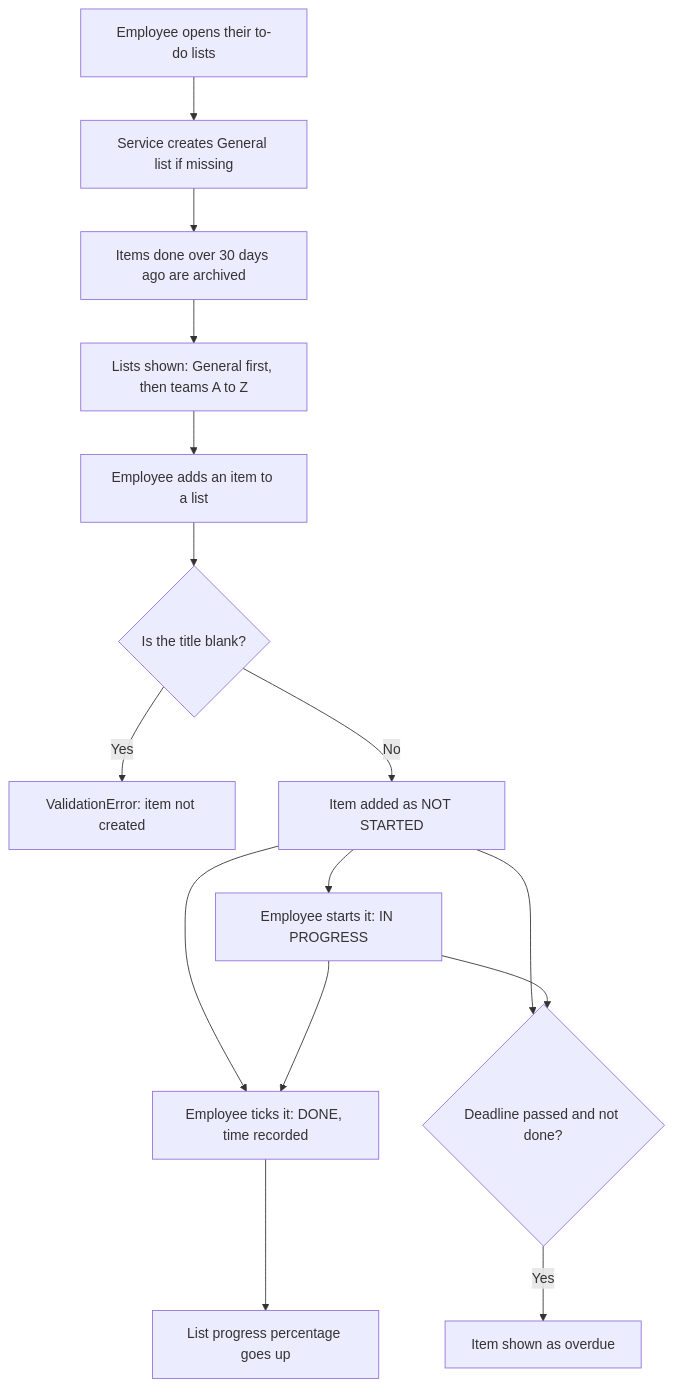
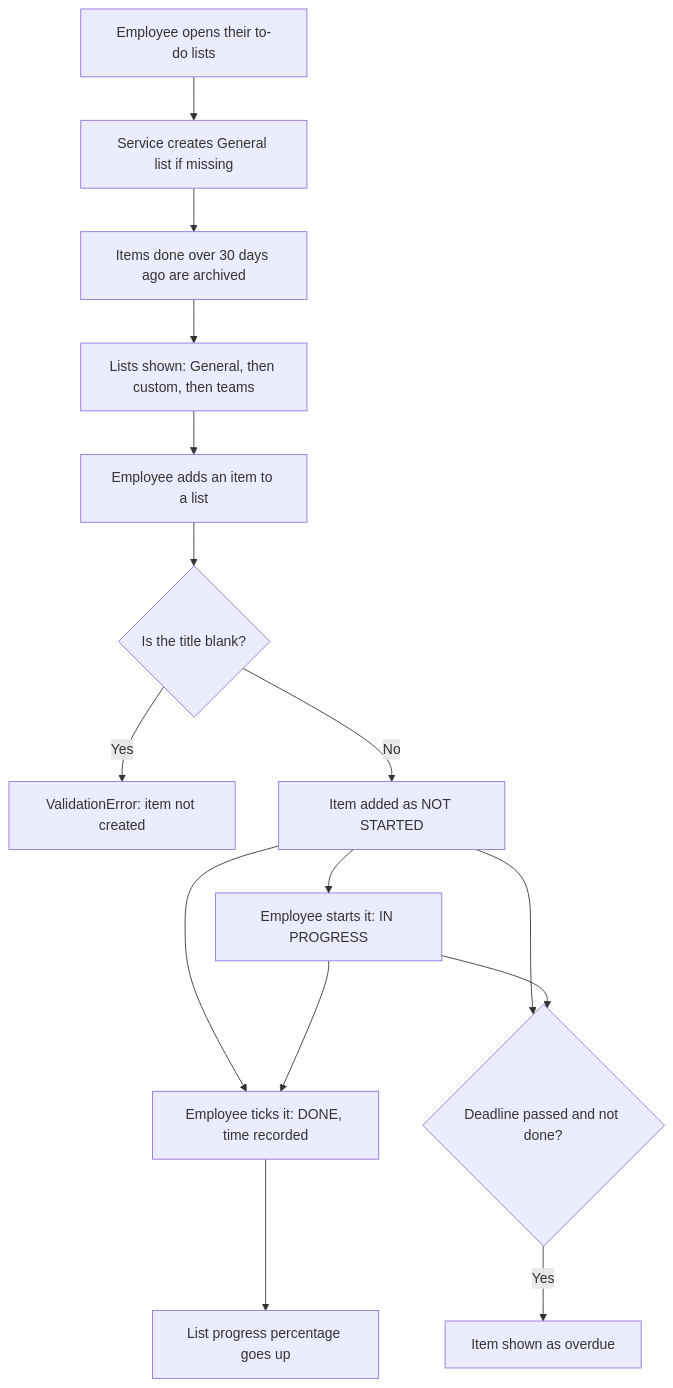
One commit to JamieMIP/Team-11-Project changed the diagram in personal_todo/README.md. Above: the diagram before and after it, drawn with Mermaid. The commit also changed other lines of this file, not shown here.

````diff
--- a/personal_todo/README.md
+++ b/personal_todo/README.md
@@ -11,17 +11,17 @@
 ```mermaid
 flowchart TD
     A["Employee opens their to-do lists"] --> B["Service creates General list if missing"]
     B --> C["Items done over 30 days ago are archived"]
-    C --> D["Lists shown: General first, then teams A to Z"]
+    C --> D["Lists shown: General, then custom, then teams"]
     D --> E["Employee adds an item to a list"]
     E --> F{"Is the title blank?"}
     F -- Yes --> G["ValidationError: item not created"]
     F -- No --> H["Item added as NOT STARTED"]
     H --> I["Employee starts it: IN PROGRESS"]
     H --> J["Employee ticks it: DONE, time recorded"]
     I --> J
     J --> K["List progress percentage goes up"]
     H --> L{"Deadline passed and not done?"}
     I --> L
     L -- Yes --> M["Item shown as overdue"]
 ```
````
